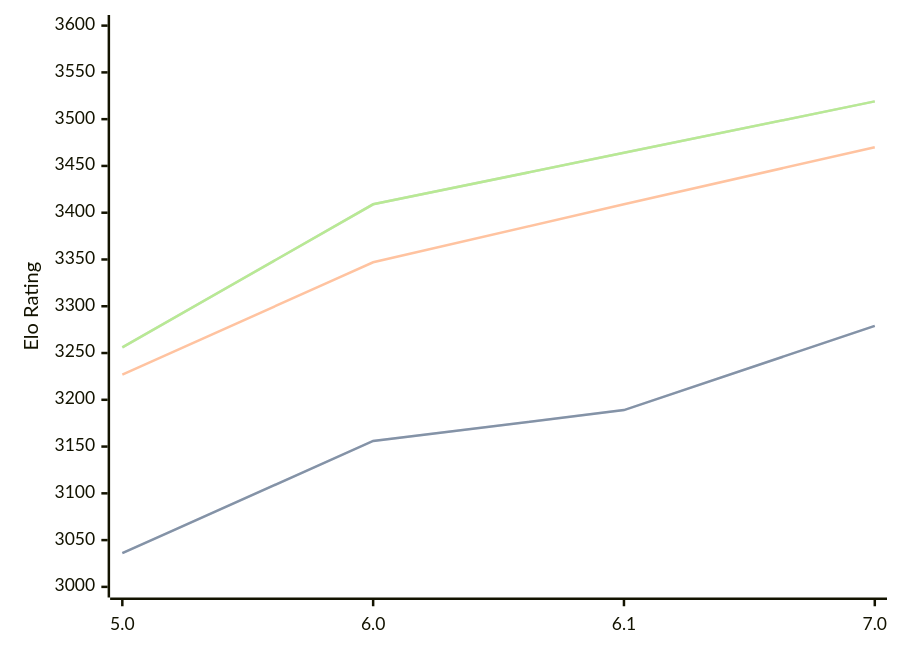
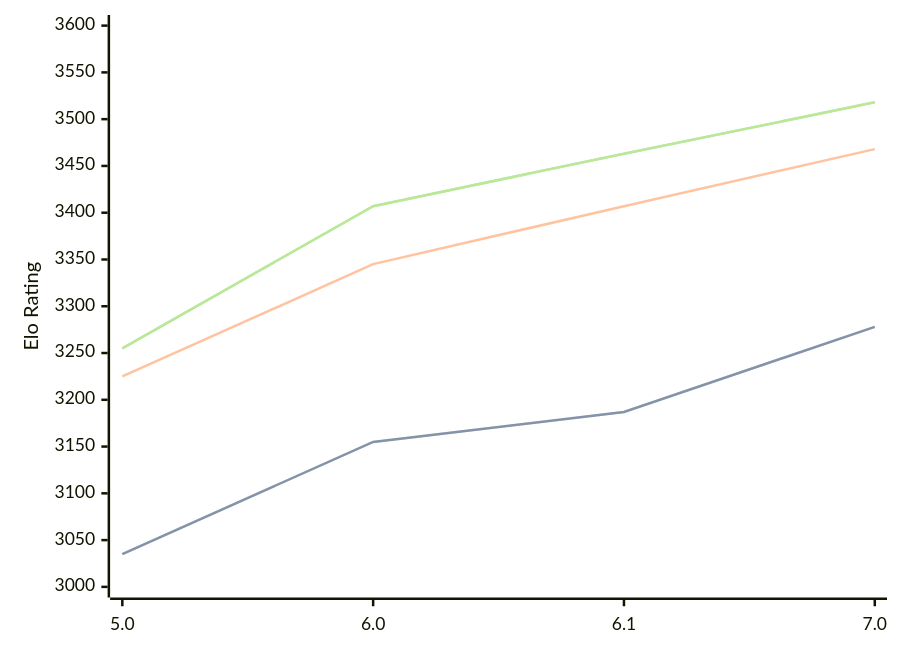
Before and after one commit to computer-chess-index/cci: the diagram in engines/PZChessBot.md, drawn with Mermaid. The commit also changed other lines of this file, not shown here.

Commit message:
Update CCI Ratings (ELO VLTC) - 2026-06-07

````diff
--- a/engines/PZChessBot.md
+++ b/engines/PZChessBot.md
@@ -43,11 +43,11 @@
 ```mermaid
 %%{init: {"theme":"base","themeVariables":{"seriesColors:['#a3a3a3','#222221','#faa371']}}}%%
 xychart-beta
   x-axis ["5.0", "6.0", "6.1", "7.0"]
   y-axis "Elo Rating" 3000 --> 3600
-  line "STC (8.0+0.08s)" [3036, 3156, 3189, 3279]
-  line "STC (8.0+0.08s)" [3036, 3156, 3189, 3279]
-  line "LTC (60.0+0.60s)" [3227, 3347, 3409, 3470]
-  line "VLTC (2m24s+1.12s)" [3256, 3409, 3464, 3519]
-  line "VLTC (2m24s+1.12s)" [3256, 3409, 3464, 3519]
+  line "STC (8.0+0.08s)" [3035, 3155, 3187, 3278]
+  line "STC (8.0+0.08s)" [3035, 3155, 3187, 3278]
+  line "LTC (60.0+0.60s)" [3225, 3345, 3407, 3468]
+  line "VLTC (2m24s+1.12s)" [3255, 3407, 3463, 3518]
+  line "VLTC (2m24s+1.12s)" [3255, 3407, 3463, 3518]
 ```
````
